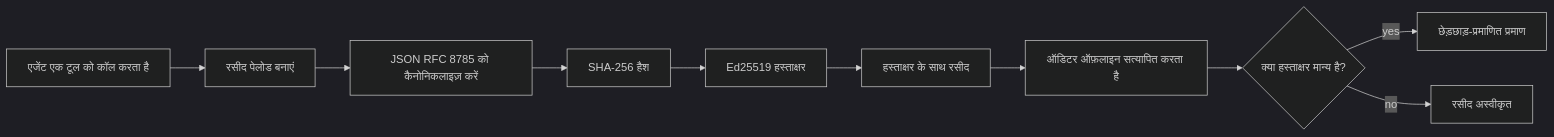
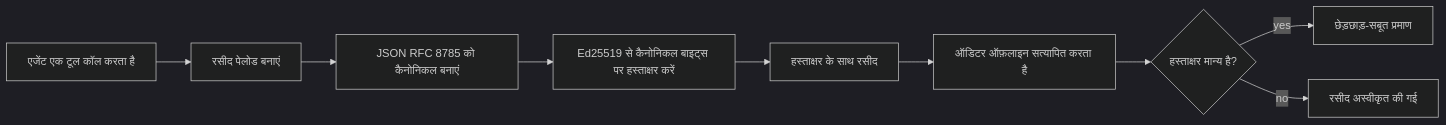
One commit to gabrielmoreira/agent-skills-mirror changed the first of 2 diagrams in mirrors/repos/microsoft@ai-agents-for-beginners/translations/hi/18-securing-ai-agents/README.md. Above: the diagram before and after it, drawn with Mermaid (dark theme). The commit also changed other lines of this file and 4262 other files, not shown here.

````diff
--- a/mirrors/repos/microsoft@ai-agents-for-beginners/translations/hi/18-securing-ai-agents/README.md
+++ b/mirrors/repos/microsoft@ai-agents-for-beginners/translations/hi/18-securing-ai-agents/README.md
@@ -51,12 +51,11 @@
 ```mermaid
 flowchart LR
-    A[एजेंट एक टूल को कॉल करता है] --> B[रसीद पेलोड बनाएं]
-    B --> C[JSON RFC 8785 को कैनोनिकलाइज़ करें]
-    C --> D[SHA-256 हैश]
-    D --> E[Ed25519 हस्ताक्षर]
+    A[एजेंट एक टूल कॉल करता है] --> B[रसीद पेलोड बनाएं]
+    B --> C[JSON RFC 8785 को कैनोनिकल बनाएं]
+    C --> E[Ed25519 से कैनोनिकल बाइट्स पर हस्ताक्षर करें]
     E --> F[हस्ताक्षर के साथ रसीद]
     F --> G[ऑडिटर ऑफ़लाइन सत्यापित करता है]
-    G --> H{क्या हस्ताक्षर मान्य है?}
-    H -- yes --> I[छेड़छाड़-प्रमाणित प्रमाण]
-    H -- no --> J[रसीद अस्वीकृत]
+    G --> H{हस्ताक्षर मान्य है?}
+    H -- yes --> I[छेड़छाड़-सबूत प्रमाण]
+    H -- no --> J[रसीद अस्वीकृत की गई]
 ```
````
